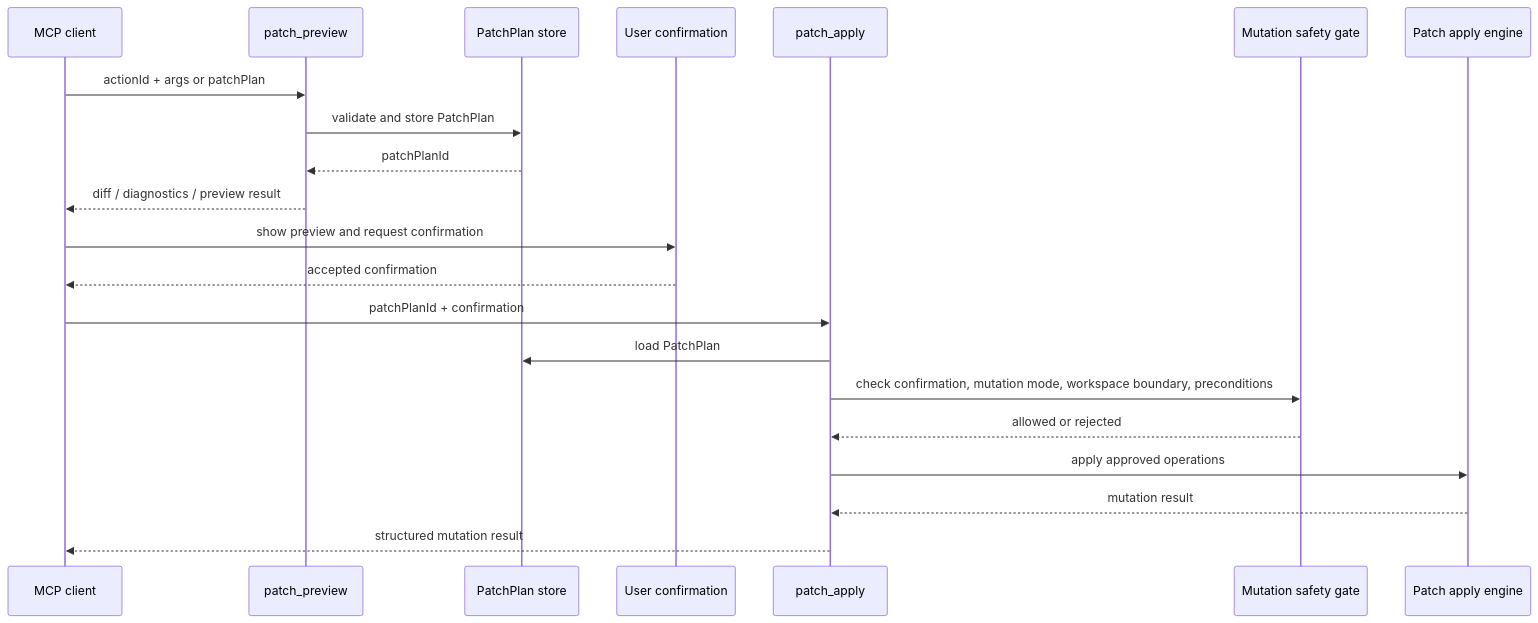
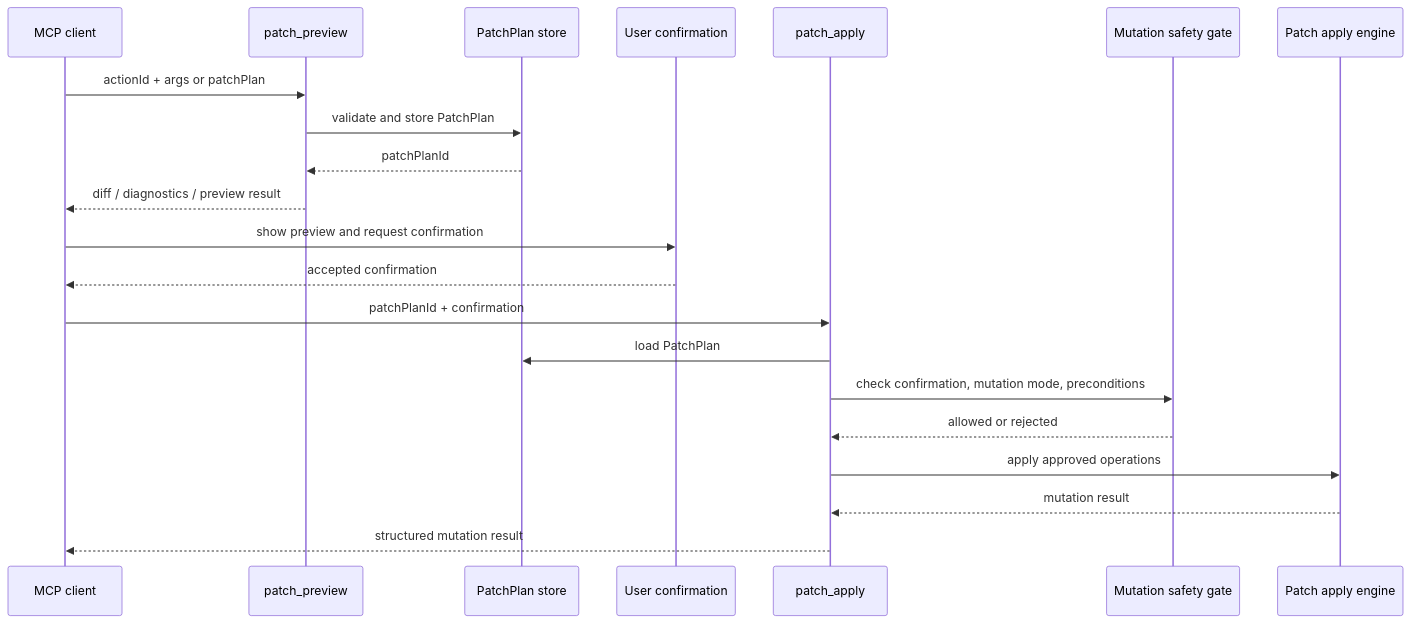
The third of 3 diagrams in packages/risuai-workbench-mcp/reports/mcp-facade-visualization/facade-readme-section.md (noelkim12/risuai-workbench), drawn with Mermaid before and after one commit. The commit also changed 19 other files, not shown here.

````diff
--- a/packages/risuai-workbench-mcp/reports/mcp-facade-visualization/facade-readme-section.md
+++ b/packages/risuai-workbench-mcp/reports/mcp-facade-visualization/facade-readme-section.md
@@ -102,24 +102,24 @@
 ```mermaid
 sequenceDiagram
     participant Client as MCP client
     participant Preview as patch_preview
     participant Store as PatchPlan store
     participant User as User confirmation
     participant Apply as patch_apply
     participant Gate as Mutation safety gate
     participant Engine as Patch apply engine
 
     Client->>Preview: actionId + args or patchPlan
     Preview->>Store: validate and store PatchPlan
     Store-->>Preview: patchPlanId
     Preview-->>Client: diff / diagnostics / preview result
     Client->>User: show preview and request confirmation
     User-->>Client: accepted confirmation
     Client->>Apply: patchPlanId + confirmation
     Apply->>Store: load PatchPlan
-    Apply->>Gate: check confirmation, mutation mode, workspace boundary, preconditions
+Apply->>Gate: check confirmation, mutation mode, preconditions
     Gate-->>Apply: allowed or rejected
     Apply->>Engine: apply approved operations
     Engine-->>Apply: mutation result
     Apply-->>Client: structured mutation result
 ```
````
